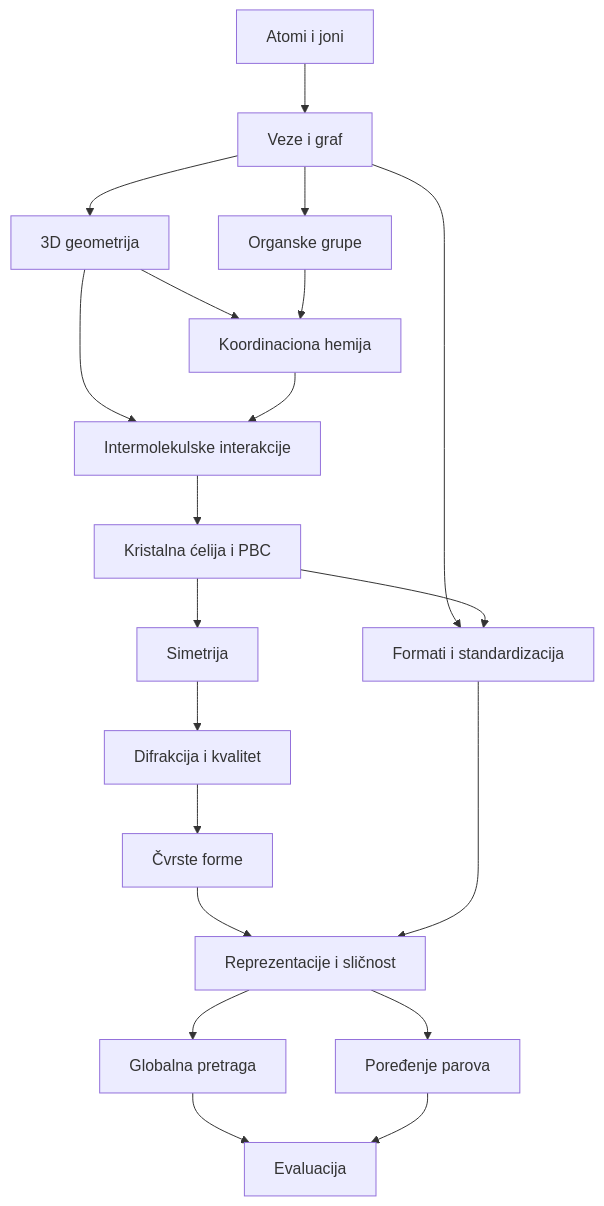
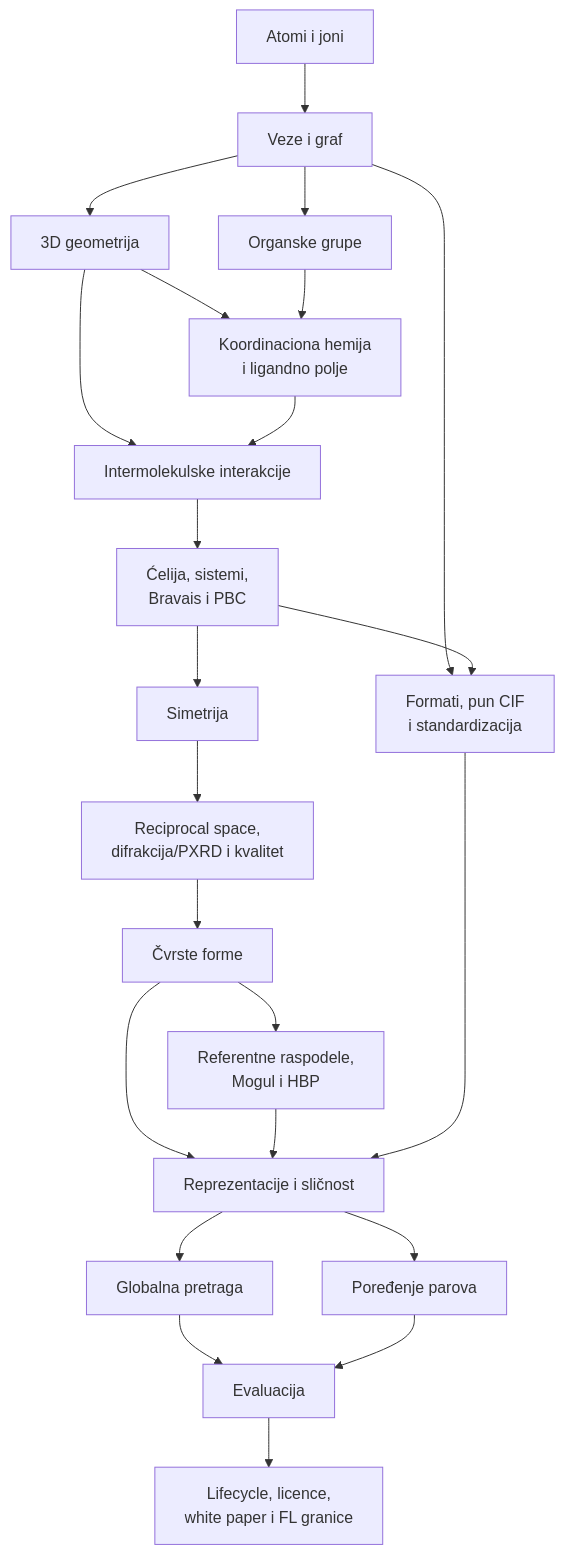
One commit to nemper/crystallography-and-ml-theory changed the diagram in docs/pocetak/plan-ucenja.md. Above: the diagram before and after it, drawn with Mermaid. The commit also changed other lines of this file and 23 other files, not shown here.

````diff
--- a/docs/pocetak/plan-ucenja.md
+++ b/docs/pocetak/plan-ucenja.md
@@ -26,22 +27,25 @@
 ```mermaid
 flowchart TD
     A[Atomi i joni] --> B[Veze i graf]
     B --> C[3D geometrija]
     B --> D[Organske grupe]
-    C --> E[Koordinaciona hemija]
+    C --> E[Koordinaciona hemija<br/>i ligandno polje]
     D --> E
     C --> F[Intermolekulske interakcije]
     E --> F
-    F --> G[Kristalna ćelija i PBC]
+    F --> G[Ćelija, sistemi,<br/>Bravais i PBC]
     G --> H[Simetrija]
-    H --> I[Difrakcija i kvalitet]
+    H --> I[Reciprocal space,<br/>difrakcija/PXRD i kvalitet]
     I --> J[Čvrste forme]
-    B --> K[Formati i standardizacija]
+    J --> R[Referentne raspodele,<br/>Mogul i HBP]
+    B --> K[Formati, pun CIF<br/>i standardizacija]
     G --> K
     J --> L[Reprezentacije i sličnost]
+    R --> L
     K --> L
     L --> M[Globalna pretraga]
     L --> N[Poređenje parova]
     M --> O[Evaluacija]
     N --> O
+    O --> P[Lifecycle, licence,<br/>white paper i FL granice]
 ```
````
